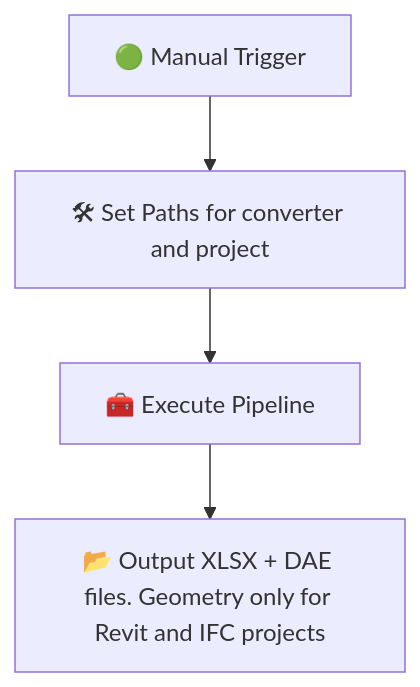
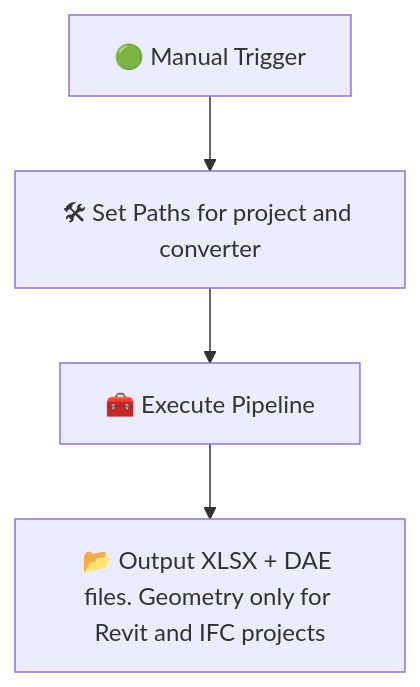
Before and after one commit to ehtick/cad2data-Revit-IFC-DWG-DGN-pipeline-with-conversion-validation-qto: the diagram in README.md, drawn with Mermaid.

````diff
--- a/README.md
+++ b/README.md
@@ -79,6 +79,6 @@
 ```mermaid
 graph TD;
-    A[🟢 Manual Trigger] --> B[🛠 Set Paths for converter and project]
+    A[🟢 Manual Trigger] --> B[🛠 Set Paths for project and converter]
     B --> C[🧰 Execute Pipeline]
     C --> D[📂 Output XLSX + DAE files. Geometry only for Revit and IFC projects]
 ```
````
